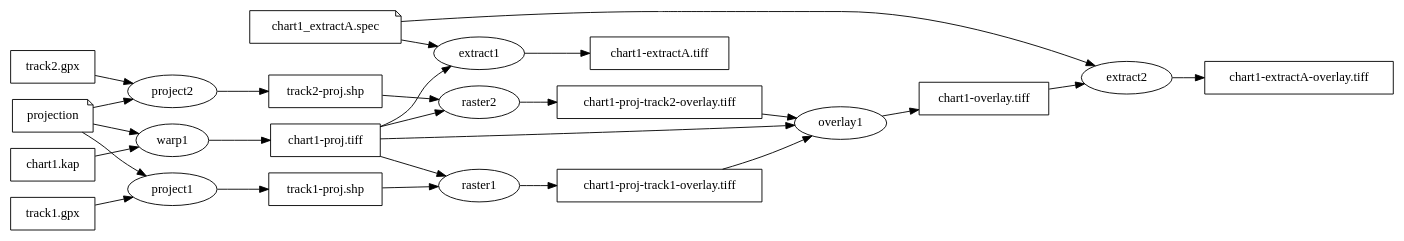
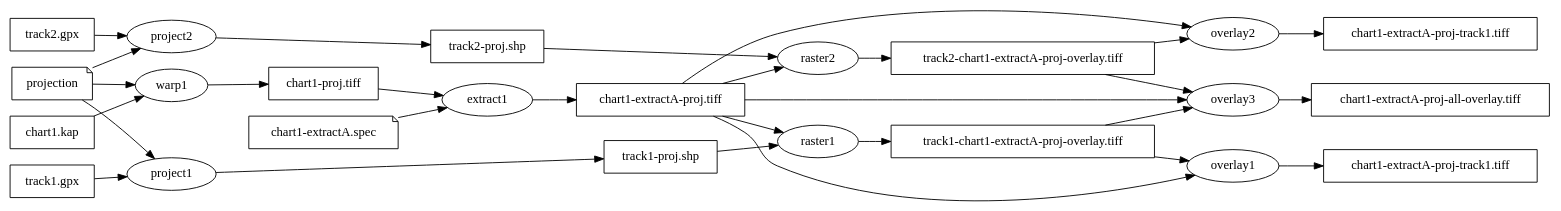
One commit to ironss/scratch_charts changed the diagram in doc/naming.dot. Above: the diagram before and after it, drawn with Graphviz.

```diff
--- a/doc/naming.dot
+++ b/doc/naming.dot
@@ -1,70 +1,86 @@
 digraph
 {
    rankdir=LR
    {
       node [ shape=box ]
       
       chart1_kap [ label="chart1.kap" ]
       chart1_proj [ label="chart1-proj.tiff" ]
-      chart1_extractA [ label="chart1-extractA.tiff" ]
-      chart1_overlay [ label="chart1-overlay.tiff" ]
-      chart1_extractA_overlay [ label="chart1-extractA-overlay.tiff" ]
-
+      chart1_extractA [ label="chart1-extractA-proj.tiff" ]
+#      chart1_overlay [ label="chart1-overlay.tiff" ]
+#      chart1_extractA_overlay [ label="chart1-extractA-overlay.tiff" ]
+      chart1_track1_extractA_proj_overlayed [ label="chart1-extractA-proj-track1.tiff" ]
+      chart1_track2_extractA_proj_overlayed [ label="chart1-extractA-proj-track1.tiff" ]
+      
       track1_gpx [ label="track1.gpx" ]
       track1_projection_shp [ label="track1-proj.shp" ]
 
       track2_gpx [ label="track2.gpx" ]
       track2_projection_shp [ label="track2-proj.shp" ]
 
-      chart1_track1_overlay [ label="chart1-proj-track1-overlay.tiff" ]
-      chart1_track2_overlay [ label="chart1-proj-track2-overlay.tiff" ]
+      chart1_track1_extractA_proj_overlay [ label="track1-chart1-extractA-proj-overlay.tiff" ]
+      chart1_track2_extractA_proj_overlay [ label="track2-chart1-extractA-proj-overlay.tiff" ]
 
+      chart1_extractA_proj_overlayed [ label="chart1-extractA-proj-all-overlay.tiff" ]
 #      chart2_kap [ label="chart2.kap" ]
 #      chart2_proj [ label="chart2.tiff" ]
 
    }
 
    {
       node [ shape=note ]
 
-      chart1_extractA_spec [ label="chart1_extractA.spec" ]
-#      chart1_extract2_spec [ label="chart1_extract2.spec" ]
+      chart1_extractA_spec [ label="chart1-extractA.spec" ]
+#      chart1_extract2_spec [ label="chart1-extractB.spec" ]
       projection [ label="projection" ]
    }
 
    chart1_kap -> warp1 -> chart1_proj
    projection -> warp1
 
 #   chart2_kap -> warp2 -> chart2_proj
 #   projection -> warp2
 
    chart1_extractA_spec -> extract1
    chart1_proj          -> extract1
    extract1 -> chart1_extractA
 
 
    track1_gpx  -> project1
    projection -> project1
    project1 -> track1_projection_shp
 
    track1_projection_shp -> raster1
-   chart1_proj -> raster1
-   raster1 -> chart1_track1_overlay
+   chart1_extractA -> raster1
+   raster1 -> chart1_track1_extractA_proj_overlay
+
+   chart1_track1_extractA_proj_overlay -> overlay1
+   chart1_extractA -> overlay1
+   overlay1 -> chart1_track1_extractA_proj_overlayed
 
    track2_gpx  -> project2
    projection -> project2
    project2 -> track2_projection_shp
    
    track2_projection_shp -> raster2
-   chart1_proj -> raster2
-   raster2 -> chart1_track2_overlay
+   chart1_extractA -> raster2
+   raster2 -> chart1_track2_extractA_proj_overlay
 
-   chart1_proj -> overlay1
-   chart1_track1_overlay -> overlay1
-   chart1_track2_overlay -> overlay1
-   overlay1 -> chart1_overlay
+   chart1_track2_extractA_proj_overlay -> overlay2
+   chart1_extractA -> overlay2
+   overlay2 -> chart1_track2_extractA_proj_overlayed
+
+   chart1_extractA -> overlay3
+   chart1_track1_extractA_proj_overlay -> overlay3
+   chart1_track2_extractA_proj_overlay -> overlay3
+   overlay3 -> chart1_extractA_proj_overlayed
    
-   chart1_extractA_spec -> extract2
-   chart1_overlay -> extract2
-   extract2 -> chart1_extractA_overlay
+#
+#   chart1_track1_overlay -> overlay1
+#   chart1_track2_overlay -> overlay1
+#   overlay1 -> chart1_overlay
+#   
+#   chart1_extractA_spec -> extract2
+#   chart1_overlay -> extract2
+#   extract2 -> chart1_extractA_overlay
 }
```
